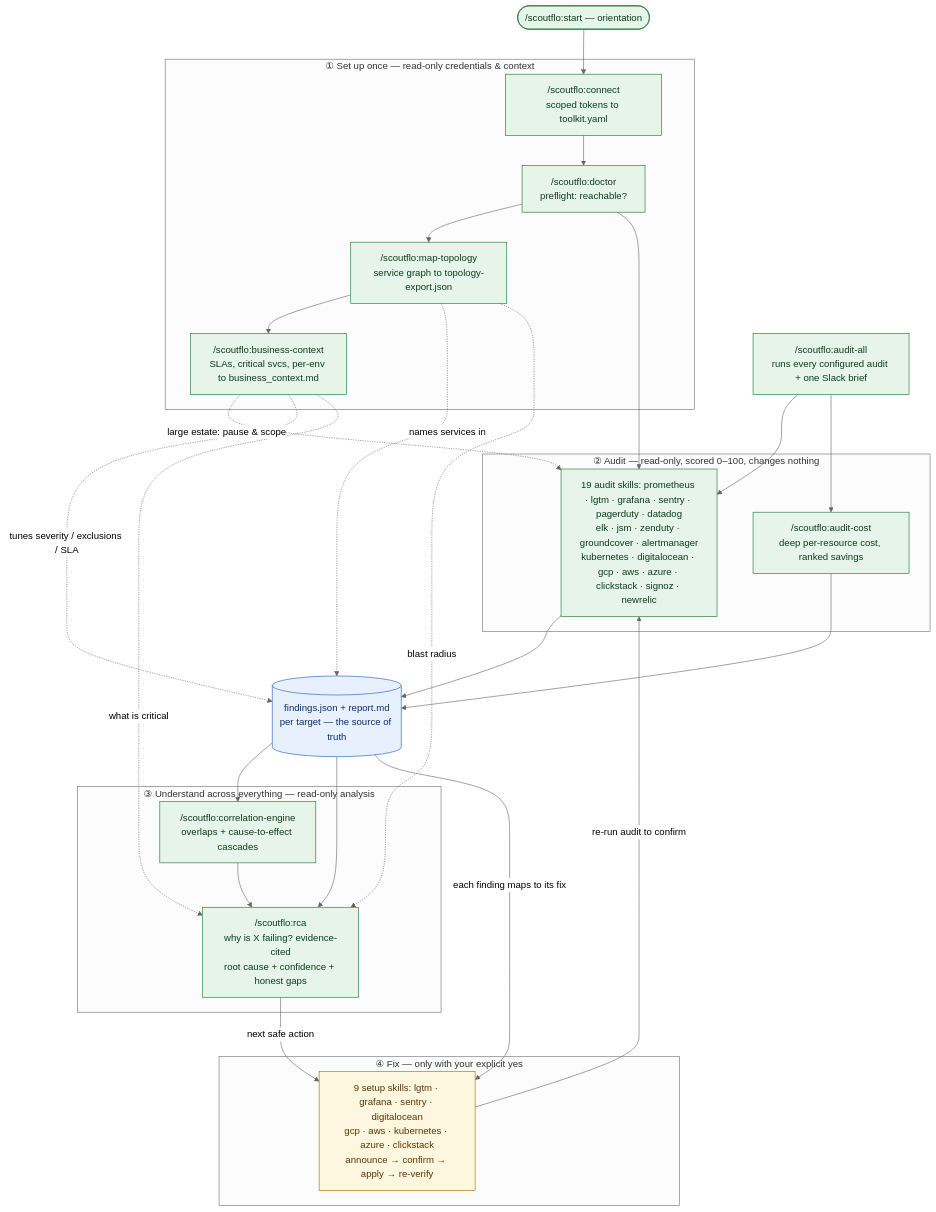
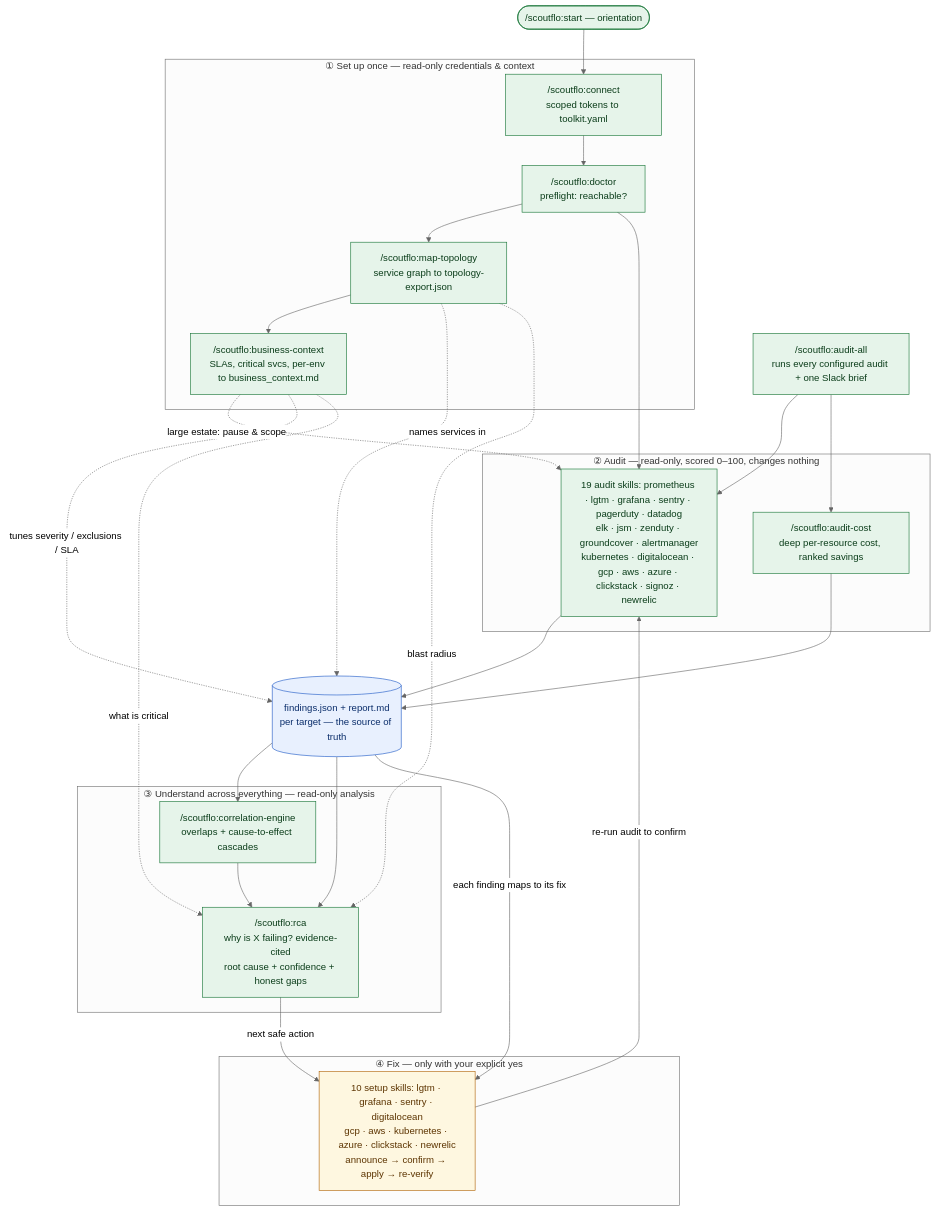
One commit to Scoutflo/ai-readiness changed the diagram in README.md. Above: the diagram before and after it, drawn with Mermaid (neutral theme). The commit also changed other lines of this file and 12 other files, not shown here.

First line of the commit message:
feat: setup-newrelic (10th setup skill) + audit-cost COST-NR lane + formal audit-newrelic run (v0.1.189)

````diff
--- a/README.md
+++ b/README.md
@@ -16,54 +16,54 @@
 ```mermaid
 flowchart TD
     start(["/scoutflo:start — orientation"])
 
     subgraph SETUP["① Set up once — read-only credentials & context"]
         connect["/scoutflo:connect<br/>scoped tokens to toolkit.yaml"]
         doctor["/scoutflo:doctor<br/>preflight: reachable?"]
         topo["/scoutflo:map-topology<br/>service graph to topology-export.json"]
         bctx["/scoutflo:business-context<br/>SLAs, critical svcs, per-env to business_context.md"]
     end
 
     subgraph AUDIT["② Audit — read-only, scored 0–100, changes nothing"]
         aud["19 audit skills: prometheus · lgtm · grafana · sentry · pagerduty · datadog<br/>elk · jsm · zenduty · groundcover · alertmanager<br/>kubernetes · digitalocean · gcp · aws · azure · clickstack · signoz · newrelic"]
         cost["/scoutflo:audit-cost<br/>deep per-resource cost, ranked savings"]
     end
 
     all["/scoutflo:audit-all<br/>runs every configured audit + one Slack brief"]
     findings[("findings.json + report.md<br/>per target — the source of truth")]
 
     subgraph CORRELATE["③ Understand across everything — read-only analysis"]
         corr["/scoutflo:correlation-engine<br/>overlaps + cause-to-effect cascades"]
         rca["/scoutflo:rca<br/>why is X failing? evidence-cited<br/>root cause + confidence + honest gaps"]
     end
 
     subgraph FIX["④ Fix — only with your explicit yes"]
-        setup["9 setup skills: lgtm · grafana · sentry · digitalocean<br/>gcp · aws · kubernetes · azure · clickstack<br/>announce → confirm → apply → re-verify"]
+        setup["10 setup skills: lgtm · grafana · sentry · digitalocean<br/>gcp · aws · kubernetes · azure · clickstack · newrelic<br/>announce → confirm → apply → re-verify"]
     end
 
     start --> connect --> doctor
     doctor --> topo --> bctx
     bctx -.->|large estate: pause & scope| aud
     doctor --> aud
     aud --> findings
     cost --> findings
     all --> aud
     all --> cost
     topo -. names services in .-> findings
     bctx -. tunes severity / exclusions / SLA .-> findings
     findings --> corr
     corr --> rca
     topo -. blast radius .-> rca
     bctx -. what is critical .-> rca
     findings --> rca
     rca -->|next safe action| setup
     findings -->|each finding maps to its fix| setup
     setup -->|re-run audit to confirm| aud
 
     classDef ro fill:#e6f4ea,stroke:#137333,color:#0b3d1a;
     classDef write fill:#fef7e0,stroke:#b06000,color:#5c3400;
     classDef data fill:#e8f0fe,stroke:#1a56c4,color:#0b2e6b;
     class start,connect,doctor,topo,bctx,aud,cost,all,corr,rca ro;
     class setup write;
     class findings data;
 ```
````
